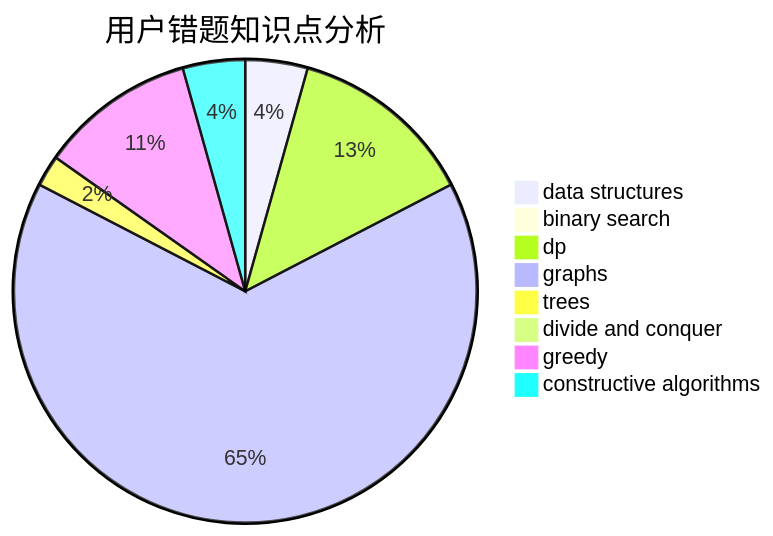
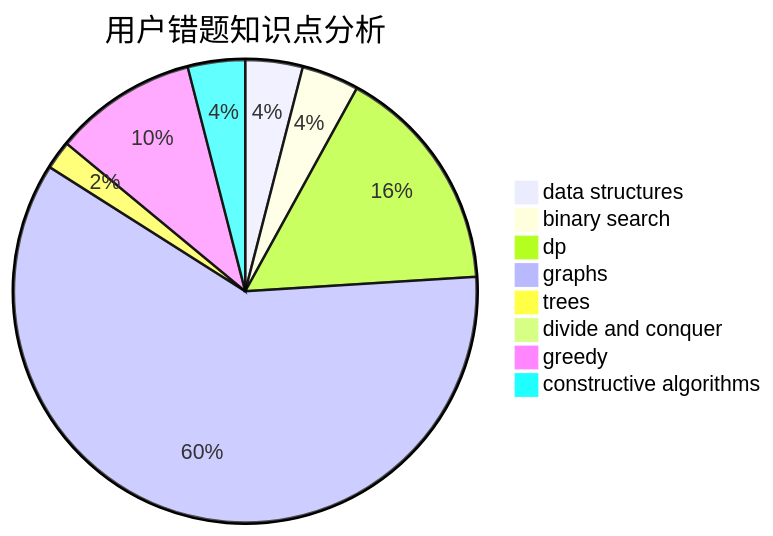
One commit to sherpahu/cfrs.github.io changed the third of 3 diagrams in docs/user/u302.md. Above: the diagram before and after it, drawn with Mermaid. The commit also changed other lines of this file and 2770 other files, not shown here.

````diff
--- a/docs/user/u302.md
+++ b/docs/user/u302.md
@@ -36,11 +36,11 @@
 ```mermaid
 pie title 用户错题知识点分析
     "data structures" :  2
-    "binary search" :  0
-    "dp" :  6
+    "binary search" :  2
+    "dp" :  8
     "graphs" :  30
     "trees" :  1
     "divide and conquer" :  0
     "greedy" :  5
     "constructive algorithms" :  2
 ```
````
